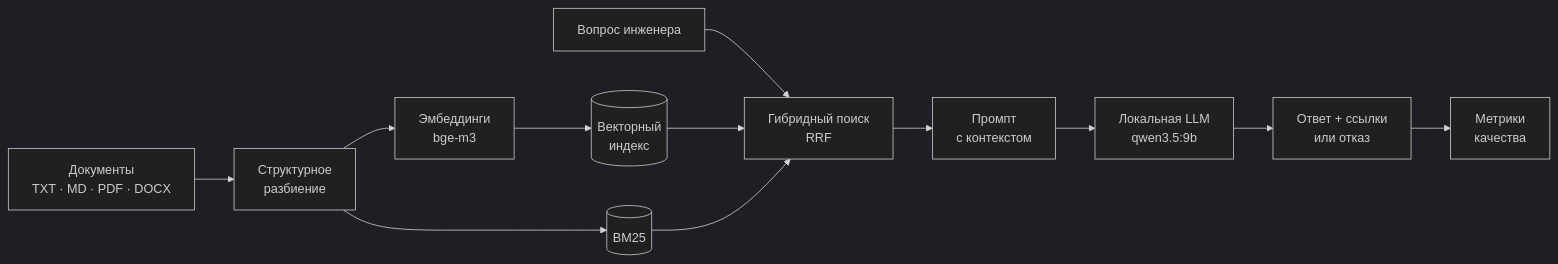
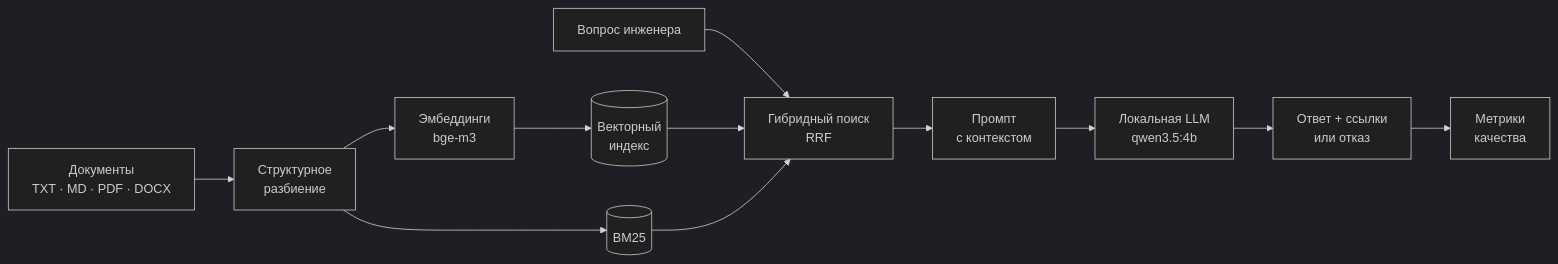
The diagram in README.md (Voldemurik/URFU-PROTALANT), drawn with Mermaid (dark theme) before and after one commit. The commit also changed other lines of this file, not shown here.

````diff
--- a/README.md
+++ b/README.md
@@ -55,14 +55,14 @@
 ```mermaid
 flowchart LR
     D[Документы<br/>TXT · MD · PDF · DOCX] --> C[Структурное<br/>разбиение]
     C --> E[Эмбеддинги<br/>bge-m3]
     E --> V[(Векторный<br/>индекс)]
     C --> B[(BM25)]
     Q[Вопрос инженера] --> R[Гибридный поиск<br/>RRF]
     V --> R
     B --> R
     R --> P[Промпт<br/>с контекстом]
-    P --> M[Локальная LLM<br/>qwen3.5:9b]
+    P --> M[Локальная LLM<br/>qwen3.5:4b]
     M --> A[Ответ + ссылки<br/>или отказ]
     A --> X[Метрики<br/>качества]
 ```
````
